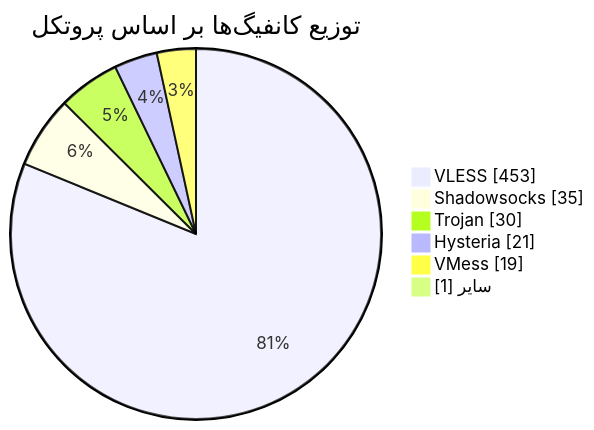
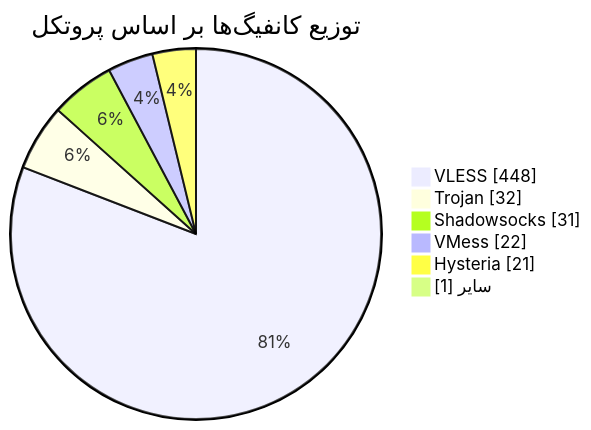
The diagram in README.md (Arian-Alijani/Somthing), drawn with Mermaid before and after one commit. The commit also changed other lines of this file and 89 other files, not shown here.

````diff
--- a/README.md
+++ b/README.md
@@ -48,10 +48,10 @@
 ```mermaid
 pie showData
     title توزیع کانفیگ‌ها بر اساس پروتکل
-    "VLESS" : 453
-    "Shadowsocks" : 35
-    "Trojan" : 30
+    "VLESS" : 448
+    "Trojan" : 32
+    "Shadowsocks" : 31
+    "VMess" : 22
     "Hysteria" : 21
-    "VMess" : 19
     "سایر" : 1
 ```
````
